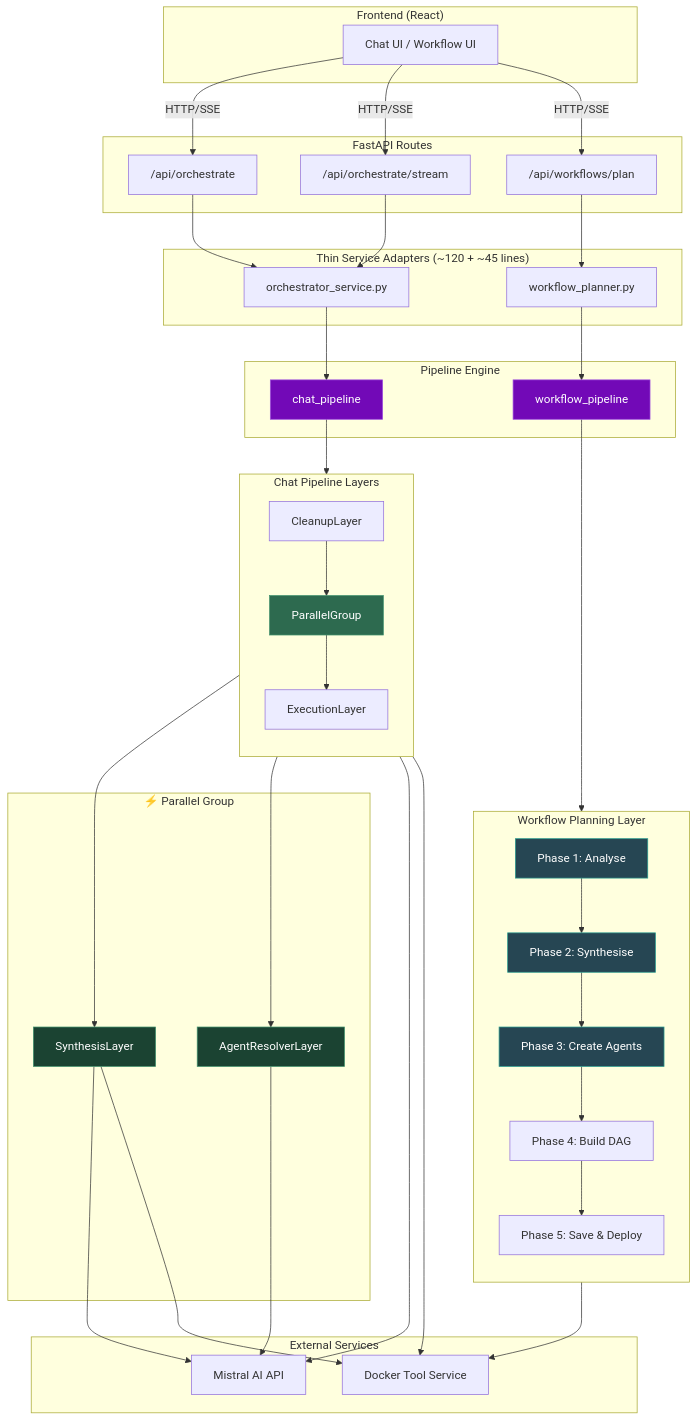
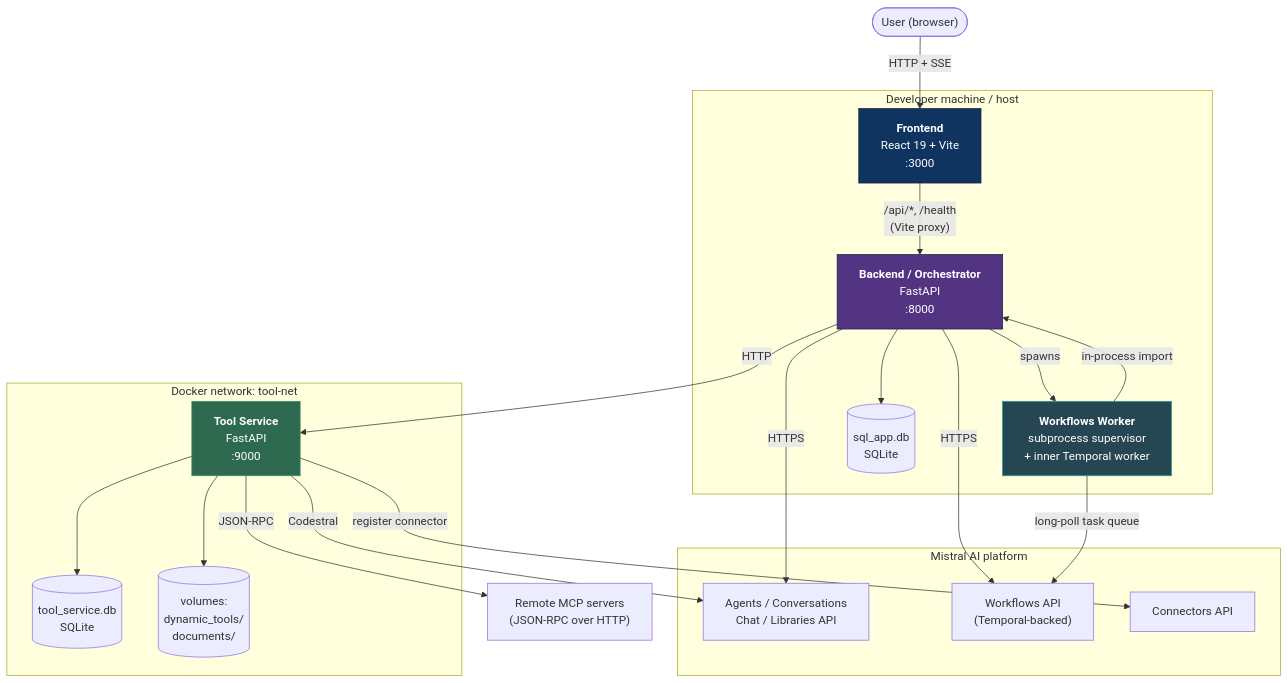
The first of 16 diagrams in architecture.md (harshgurjar731/Mistral_Dynamic_Agent_Tools), drawn with Mermaid before and after one commit. The commit also changed other lines of this file and 53 other files, not shown here.

Commit message:
feat: implement full-stack workflow builder, remote server management, and MCP tool registration system

````diff
--- a/architecture.md
+++ b/architecture.md
@@ -5,69 +28,45 @@
 ```mermaid
 graph TB
-    subgraph Frontend["Frontend (React)"]
-        UI["Chat UI / Workflow UI"]
+    User(["User (browser)"])
+
+    subgraph Local["Developer machine / host"]
+        FE["<b>Frontend</b><br/>React 19 + Vite<br/>:3000"]
+        BE["<b>Backend / Orchestrator</b><br/>FastAPI<br/>:8000"]
+        WK["<b>Workflows Worker</b><br/>subprocess supervisor<br/>+ inner Temporal worker"]
+        BEDB[("sql_app.db<br/>SQLite")]
     end
 
-    subgraph Routes["FastAPI Routes"]
-        OR["/api/orchestrate"]
-        OSR["/api/orchestrate/stream"]
-        WPR["/api/workflows/plan"]
+    subgraph Docker["Docker network: tool-net"]
+        TS["<b>Tool Service</b><br/>FastAPI<br/>:9000"]
+        TSDB[("tool_service.db<br/>SQLite")]
+        VOL[("volumes:<br/>dynamic_tools/<br/>documents/")]
     end
 
-    subgraph Adapters["Thin Service Adapters (~120 + ~45 lines)"]
-        OS["orchestrator_service.py"]
-        WP["workflow_planner.py"]
+    subgraph Mistral["Mistral AI platform"]
+        MAPI["Agents / Conversations<br/>Chat / Libraries API"]
+        MWF["Workflows API<br/>(Temporal-backed)"]
+        MCONN["Connectors API"]
     end
 
-    subgraph Pipelines["Pipeline Engine"]
-        CP["chat_pipeline"]
-        WPP["workflow_pipeline"]
-    end
+    RMCP["Remote MCP servers<br/>(JSON-RPC over HTTP)"]
 
-    subgraph ChatLayers["Chat Pipeline Layers"]
-        direction TB
-        CL["CleanupLayer"]
-        PG["ParallelGroup"]
-        EL["ExecutionLayer"]
-    end
+    User -->|HTTP + SSE| FE
+    FE -->|"/api/*, /health<br/>(Vite proxy)"| BE
+    BE --> BEDB
+    BE -->|HTTP| TS
+    BE -->|HTTPS| MAPI
+    BE -->|HTTPS| MWF
+    BE -->|spawns| WK
+    WK -->|long-poll task queue| MWF
+    WK -->|in-process import| BE
+    TS --> TSDB
+    TS --> VOL
+    TS -->|Codestral| MAPI
+    TS -->|JSON-RPC| RMCP
+    TS -->|register connector| MCONN
 
-    subgraph ParallelOps["⚡ Parallel Group"]
-        SL["SynthesisLayer"]
-        ARL["AgentResolverLayer"]
-    end
-
-    subgraph WorkflowLayer["Workflow Planning Layer"]
-        direction TB
-        P1["Phase 1: Analyse"]
-        P2["Phase 2: Synthesise"]
-        P3["Phase 3: Create Agents"]
-        P4["Phase 4: Build DAG"]
-        P5["Phase 5: Save & Deploy"]
-    end
-
-    subgraph External["External Services"]
-        MAPI["Mistral AI API"]
-        TS["Docker Tool Service"]
-    end
-
-    UI -->|HTTP/SSE| OR & OSR & WPR
-    OR & OSR --> OS
-    WPR --> WP
-    OS --> CP
-    WP --> WPP
-    CP --> CL --> PG --> EL
-    PG --> SL & ARL
-    WPP --> P1 --> P2 --> P3 --> P4 --> P5
-    SL & ARL & EL --> MAPI
-    SL & P2 --> TS
-    EL --> TS
-
-    style PG fill:#2d6a4f,stroke:#40916c,color:#fff
-    style SL fill:#1b4332,stroke:#40916c,color:#fff
-    style ARL fill:#1b4332,stroke:#40916c,color:#fff
-    style P1 fill:#264653,stroke:#2a9d8f,color:#fff
-    style P2 fill:#264653,stroke:#2a9d8f,color:#fff
-    style P3 fill:#264653,stroke:#2a9d8f,color:#fff
-    style CP fill:#7209b7,stroke:#9d4edd,color:#fff
-    style WPP fill:#7209b7,stroke:#9d4edd,color:#fff
+    style FE fill:#0f3460,stroke:#16213e,color:#fff
+    style BE fill:#533483,stroke:#16213e,color:#fff
+    style TS fill:#2d6a4f,stroke:#40916c,color:#fff
+    style WK fill:#264653,stroke:#2a9d8f,color:#fff
 ```
````
